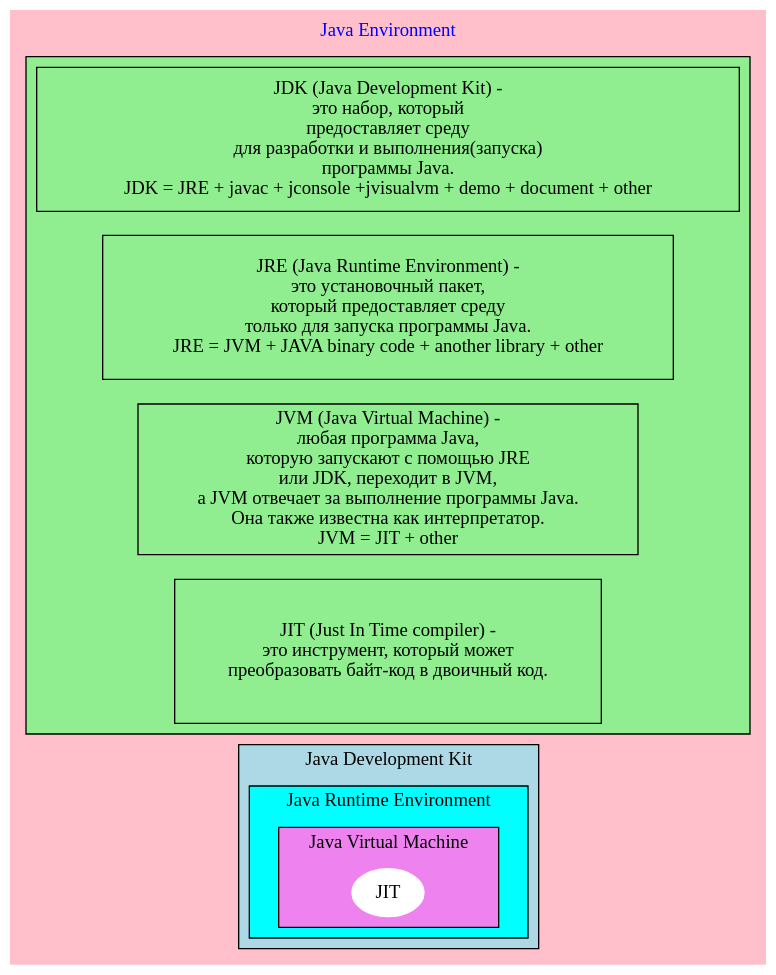
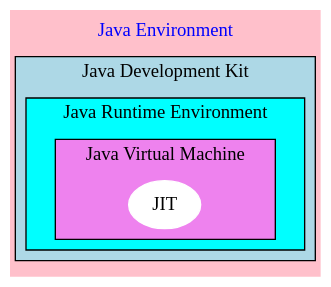
Before and after one commit to Broscorp-net/traineeship: the diagram in module1/src/main/java/net/broscorp/patform/Java_Environment.gv, drawn with Graphviz. The commit also changed 1 other file, not shown here.

Commit message:
Fixed, added Jva_Environment.md

```diff
--- a/module1/src/main/java/net/broscorp/patform/Java_Environment.gv
+++ b/module1/src/main/java/net/broscorp/patform/Java_Environment.gv
@@ -1,28 +1,17 @@
 digraph Java_Environment { rankdir=LR bgcolor="pink"  fontcolor="blue" label= "Java Environment" labelloc="top"
 
 
-    subgraph cluster1 {fillcolor="lightblue" label="Java Development Kit" fontcolor="black" style="filled" gradientangle="270"
+    subgraph cluster1 { fillcolor="lightblue" label="Java Development Kit" fontcolor="black" style="filled" gradientangle="270"
 
 
-        subgraph cluster2 {fillcolor="cyan" label="Java Runtime Environment" fontcolor="black" style="filled" gradientangle="270"
+        subgraph cluster2 { fillcolor="cyan" label="Java Runtime Environment" fontcolor="black" style="filled" gradientangle="270"
 
 
-            subgraph cluster3 {fillcolor="violet" label="Java Virtual Machine" fontcolor="black" style="filled" gradientangle="270"
+            subgraph cluster3 { fillcolor="violet" label="Java Virtual Machine" fontcolor="black" style="filled" gradientangle="270"
 
 		        node[color="white" style="filled"]
 		        JIT;
+		        }
 		    }
-        }
-
     }
-    subgraph cluster4 {fillcolor="lightgreen" label="" fontcolor="black" style="filled" gradientangle="270"
-	    node [shape=box width=1 height=1.5  ]
-		{rank=same; 1 2 3 4}
-    }
-
-    1[label="JDK (Java Development Kit) -\n это набор, который\n предоставляет среду\n для разработки и выполнения(запуска)\n программы Java. \n JDK = JRE + javac + jconsole +jvisualvm + demo + document + other"]
-    2[label="JRE (Java Runtime Environment) -\n это установочный пакет,\n который предоставляет среду\n только для запуска программы Java. \n JRE = JVM + JAVA binary code + another library + other"]
-    3[label="JVM (Java Virtual Machine) -\n любая программа Java,\n которую запускают с помощью JRE\n или JDK, переходит в JVM,\n а JVM отвечает за выполнение программы Java.\n Она также известна как интерпретатор. \n JVM = JIT + other"]
-    4[label="JIT (Just In Time compiler) -\n это инструмент, который может\n преобразовать байт-код в двоичный код."]
-
 }
```
